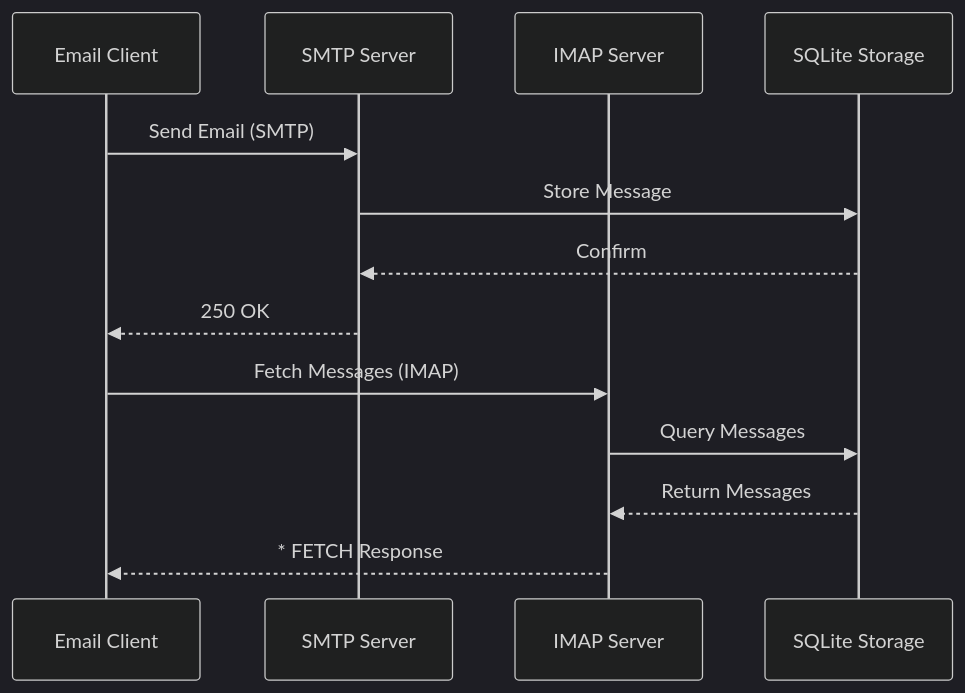
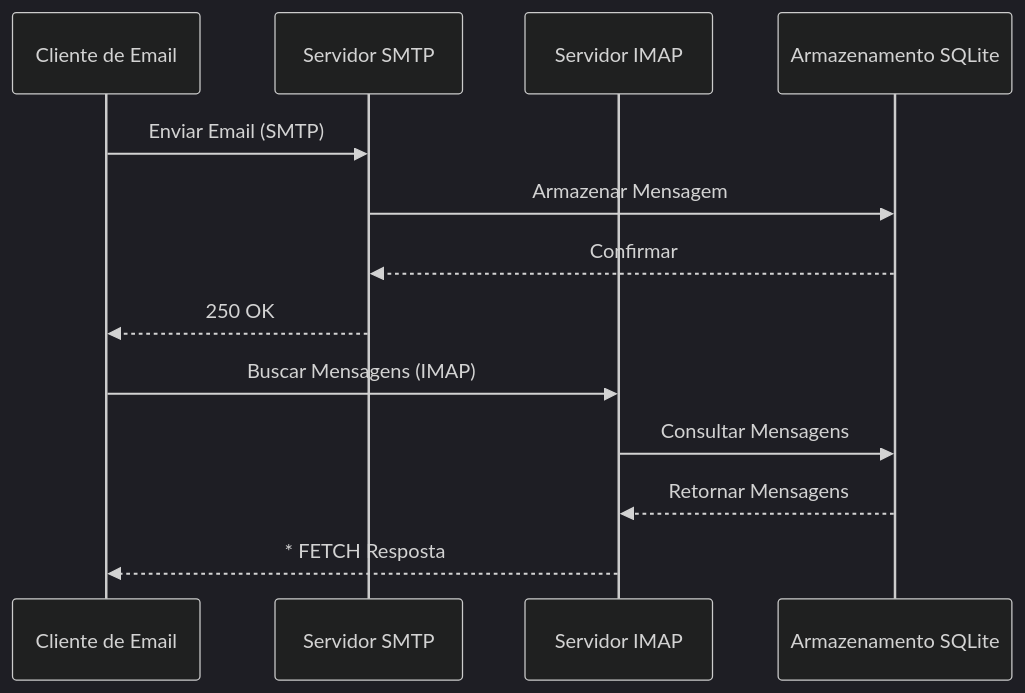
Before and after one commit to forwardemail/forwardemail.net: the third of 16 diagrams in app/views/docs/email-protocols-rfc-compliance-imap-smtp-pop3-comparison/index-pt.md, drawn with Mermaid (dark theme). The commit also changed other lines of this file and 1055 other files, not shown here.

````diff
--- a/app/views/docs/email-protocols-rfc-compliance-imap-smtp-pop3-comparison/index-pt.md
+++ b/app/views/docs/email-protocols-rfc-compliance-imap-smtp-pop3-comparison/index-pt.md
@@ -230,17 +231,17 @@
 ```mermaid
 sequenceDiagram
-    participant Client as Email Client
-    participant SMTP as SMTP Server
-    participant IMAP as IMAP Server
-    participant Storage as SQLite Storage
+    participant Client as Cliente de Email
+    participant SMTP as Servidor SMTP
+    participant IMAP as Servidor IMAP
+    participant Storage as Armazenamento SQLite
 
-    Client->>SMTP: Send Email (SMTP)
-    SMTP->>Storage: Store Message
-    Storage-->>SMTP: Confirm
+    Client->>SMTP: Enviar Email (SMTP)
+    SMTP->>Storage: Armazenar Mensagem
+    Storage-->>SMTP: Confirmar
     SMTP-->>Client: 250 OK
 
-    Client->>IMAP: Fetch Messages (IMAP)
-    IMAP->>Storage: Query Messages
-    Storage-->>IMAP: Return Messages
-    IMAP-->>Client: * FETCH Response
+    Client->>IMAP: Buscar Mensagens (IMAP)
+    IMAP->>Storage: Consultar Mensagens
+    Storage-->>IMAP: Retornar Mensagens
+    IMAP-->>Client: * FETCH Resposta
 ```
````
